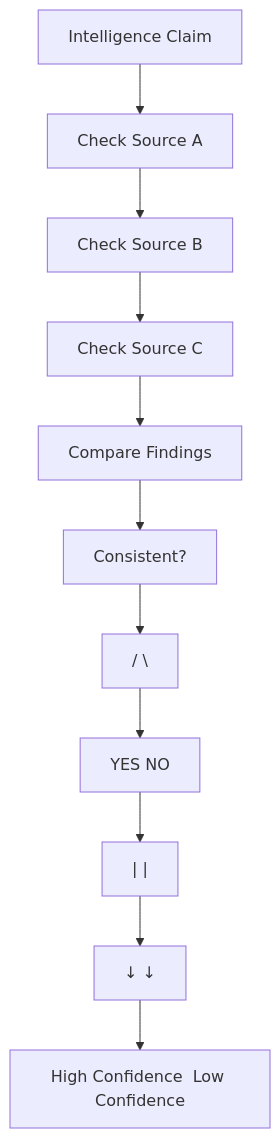
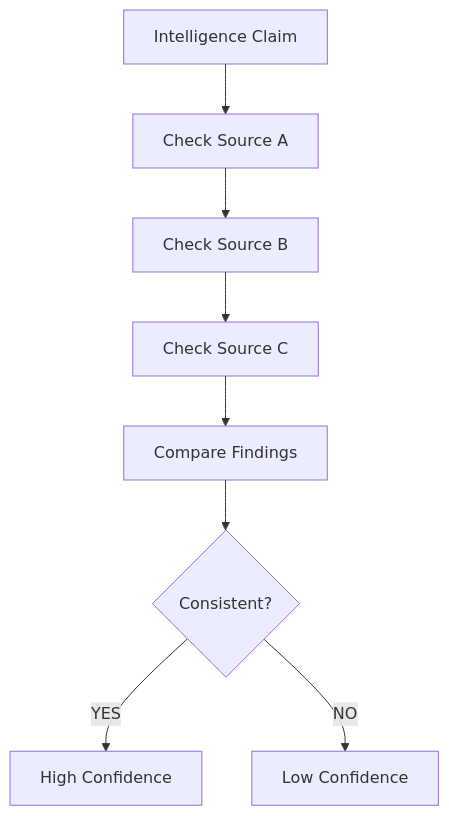
One commit to vishalkumar28/SOC-Training changed the second of 2 diagrams in src/data/content/day2/leak-validation-intelligence-corroboration.md. Above: the diagram before and after it, drawn with Mermaid.

Commit message:
feat: add content for leak validation and SOC correlation modules with Mermaid diagrams

````diff
--- a/src/data/content/day2/leak-validation-intelligence-corroboration.md
+++ b/src/data/content/day2/leak-validation-intelligence-corroboration.md
@@ -56,14 +56,11 @@
 ```mermaid
 graph TD
     A["Intelligence Claim"]
     A --> B["Check Source A"]
     B --> C["Check Source B"]
     C --> D["Check Source C"]
     D --> E["Compare Findings"]
-    E --> F["Consistent?"]
-    F --> G["/          \"]
-    G --> H["YES           NO"]
-    H --> I["|             |"]
-    I --> J["↓             ↓"]
-    J --> K["High Confidence  Low Confidence"]
+    E --> F{"Consistent?"}
+    F -->|YES| G["High Confidence"]
+    F -->|NO| H["Low Confidence"]
 ```
````
